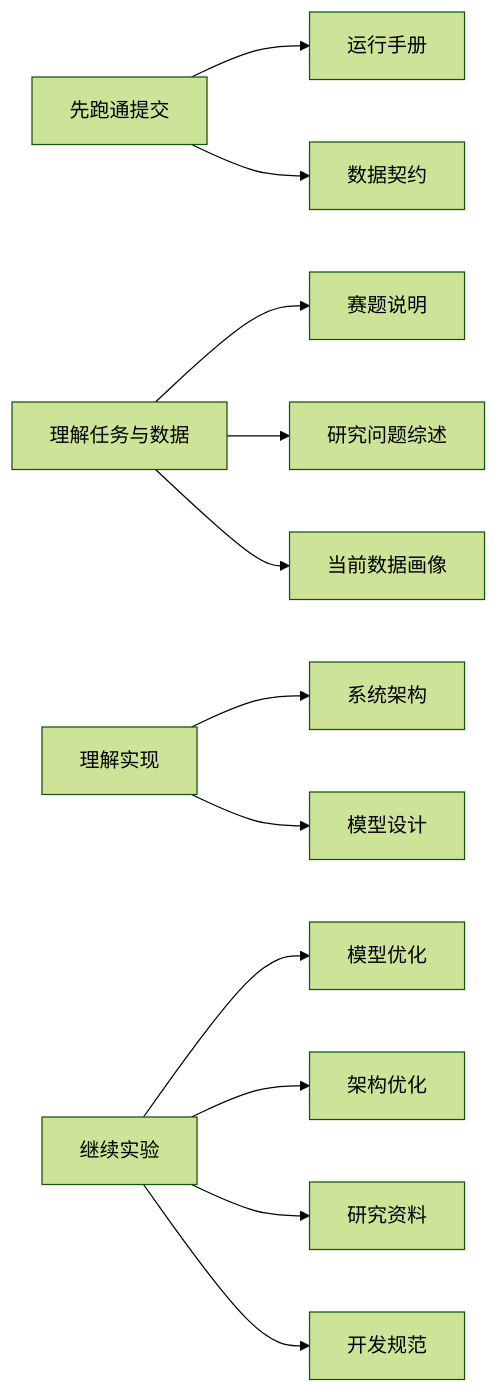
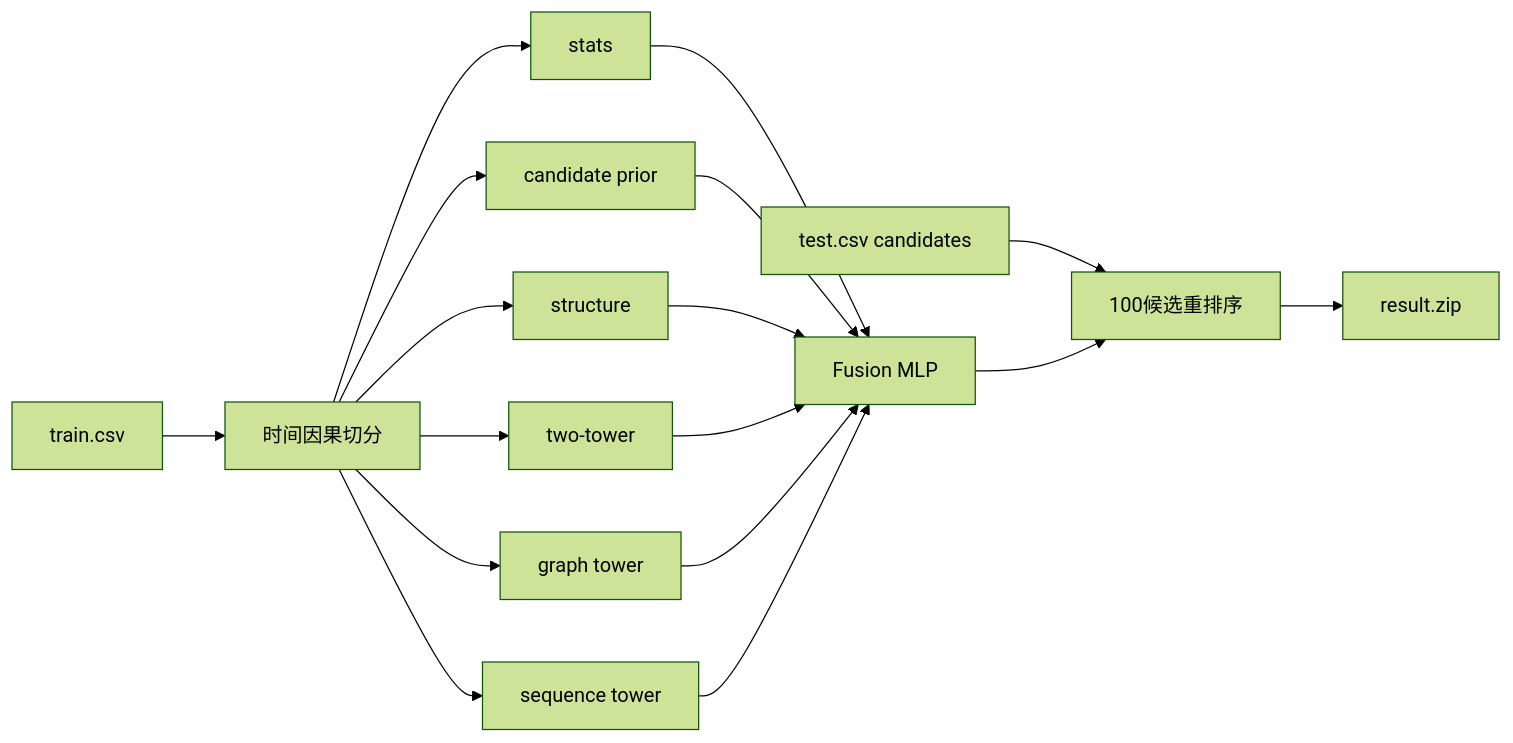
The diagram in docs/index.md (Puiching-Memory/jittor-GPNUT1-JGRec), drawn with Mermaid (forest theme) before and after one commit. The commit also changed other lines of this file and 40 other files, not shown here.

````diff
--- a/docs/index.md
+++ b/docs/index.md
@@ -7,14 +23,19 @@
 ```mermaid
 flowchart LR
-    A["先跑通提交"] --> B["运行手册"]
-    A --> C["数据契约"]
-    D["理解任务与数据"] --> E["赛题说明"]
-    D --> F["研究问题综述"]
-    D --> G["当前数据画像"]
-    H["理解实现"] --> I["系统架构"]
-    H --> J["模型设计"]
-    K["继续实验"] --> L["模型优化"]
-    K --> O["架构优化"]
-    K --> M["研究资料"]
-    K --> N["开发规范"]
+    A["train.csv"] --> B["时间因果切分"]
+    B --> C["stats"]
+    B --> D["candidate prior"]
+    B --> E["structure"]
+    B --> F["two-tower"]
+    B --> G["graph tower"]
+    B --> H["sequence tower"]
+    C --> I["Fusion MLP"]
+    D --> I
+    E --> I
+    F --> I
+    G --> I
+    H --> I
+    J["test.csv candidates"] --> K["100候选重排序"]
+    I --> K
+    K --> L["result.zip"]
 ```
````
